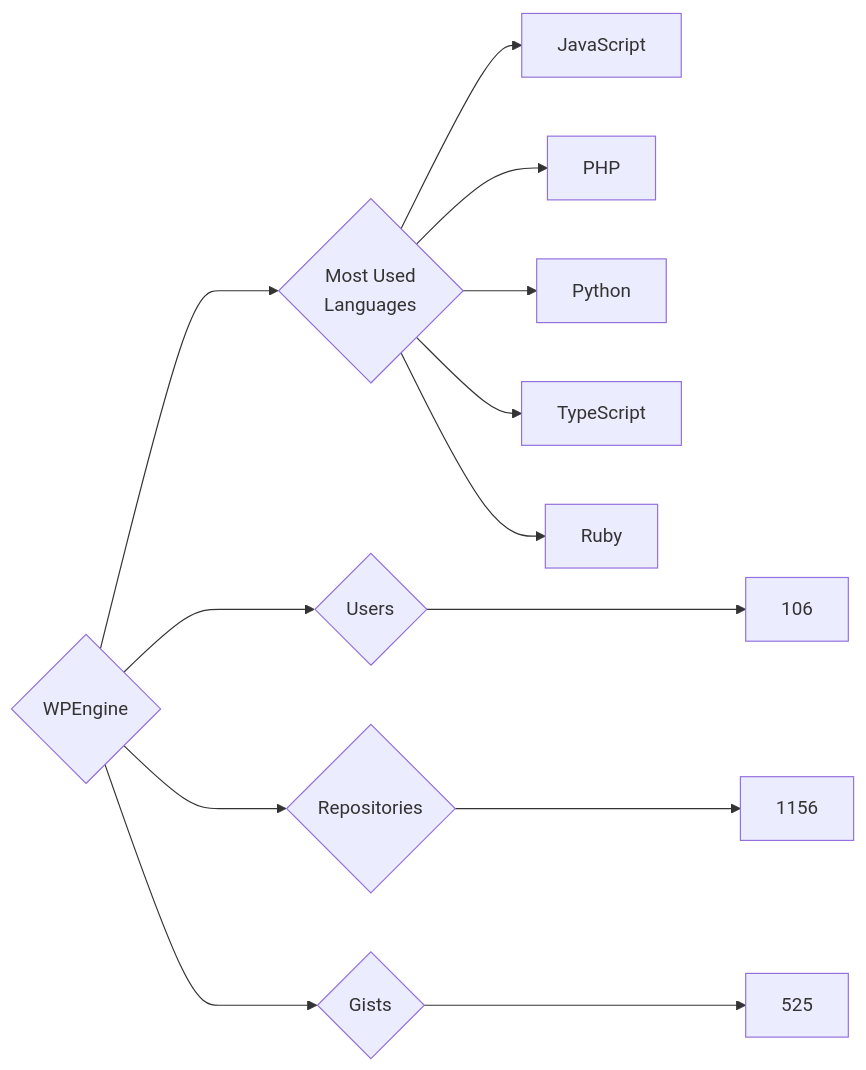
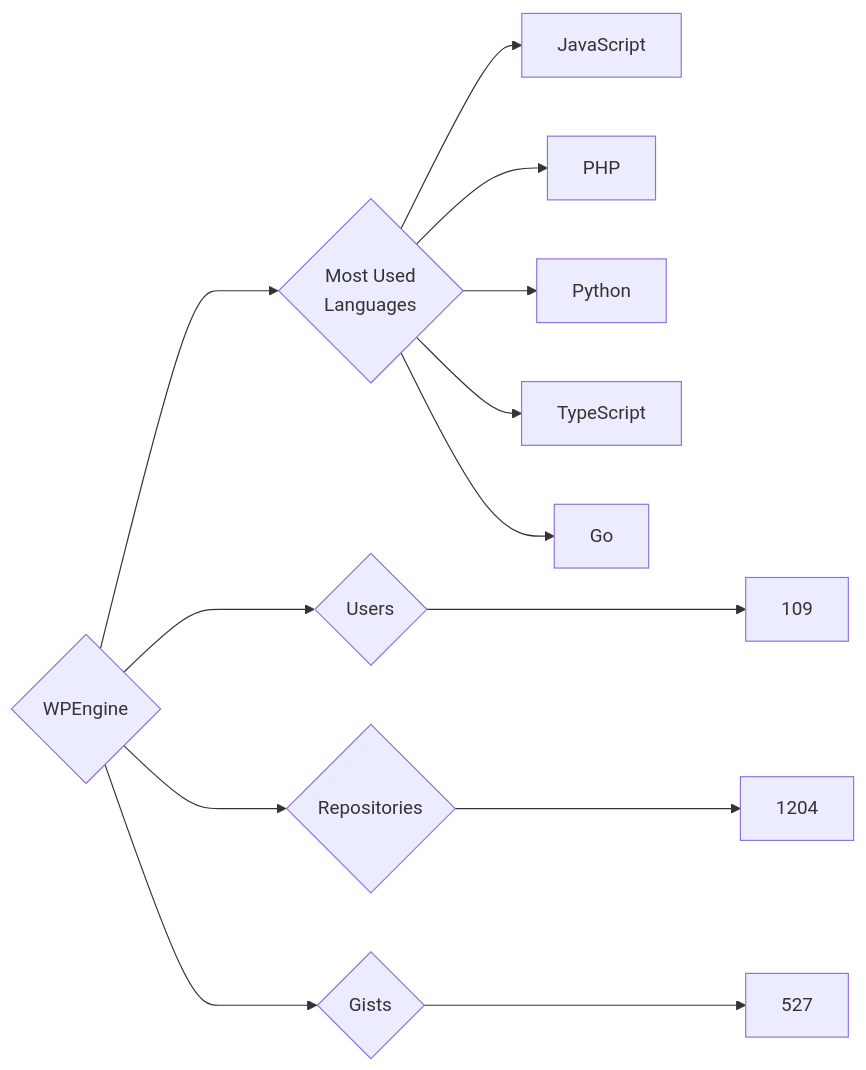
The diagram in targets/WPEngine/README.md (trickest/insiders), drawn with Mermaid before and after one commit. The commit also changed 870 other files, not shown here.

````diff
--- a/targets/WPEngine/README.md
+++ b/targets/WPEngine/README.md
@@ -3,13 +3,13 @@
 ```mermaid
 graph LR
 COMPANY_NAME{WPEngine}
-COMPANY_NAME ---> U{Users} ---> UN[106]
-COMPANY_NAME ---> R{Repositories} ---> RN[1156]
-COMPANY_NAME ---> G{Gists} ---> GN[525]
+COMPANY_NAME ---> U{Users} ---> UN[109]
+COMPANY_NAME ---> R{Repositories} ---> RN[1204]
+COMPANY_NAME ---> G{Gists} ---> GN[527]
 COMPANY_NAME ---> ML{Most Used<br>Languages}
 ML --> JavaScript[JavaScript]
 ML --> PHP[PHP]
 ML --> Python[Python]
 ML --> TypeScript[TypeScript]
-ML --> Ruby[Ruby]
+ML --> Go[Go]
 ```
````
